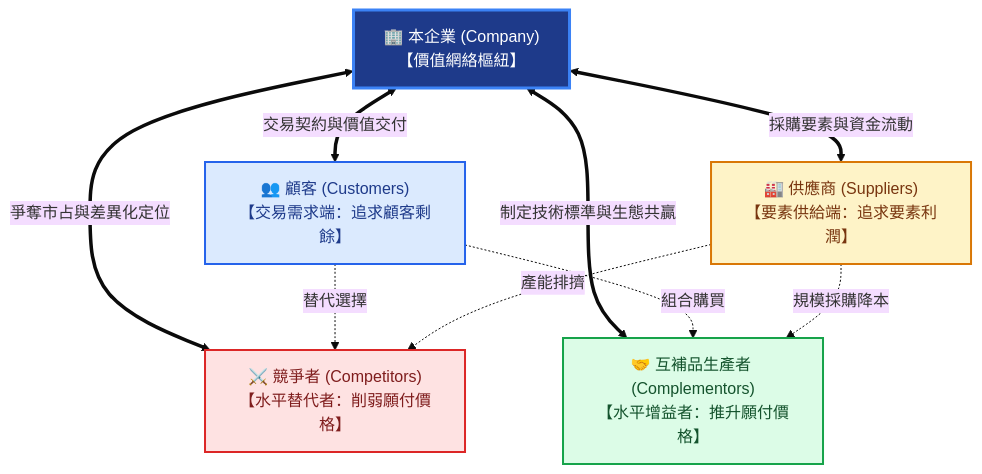
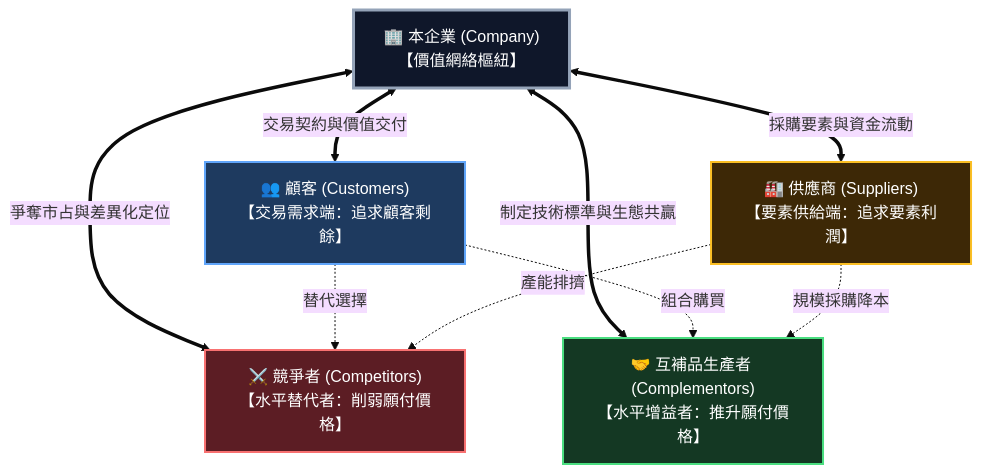
The first of 4 diagrams in src/site/notes/98_商業概念庫/value-net_價值網.md (Jimlin0428/my-digital-garden), drawn with Mermaid (base theme) before and after one commit. The commit also changed other lines of this file and 58 other files, not shown here.

````diff
--- a/src/site/notes/98_商業概念庫/value-net_價值網.md
+++ b/src/site/notes/98_商業概念庫/value-net_價值網.md
@@ -41,24 +41,24 @@
 ```mermaid
 flowchart TD
     Customer["👥 顧客 (Customers)<br>【交易需求端：追求顧客剩餘】"]
     Supplier["🏭 供應商 (Suppliers)<br>【要素供給端：追求要素利潤】"]
     Competitor["⚔️ 競爭者 (Competitors)<br>【水平替代者：削弱願付價格】"]
     Complementor["🤝 互補品生產者 (Complementors)<br>【水平增益者：推升願付價格】"]
     Company["🏢 本企業 (Company)<br>【價值網絡樞紐】"]
 
     Company <==>|"交易契約與價值交付"| Customer
     Company <==>|"採購要素與資金流動"| Supplier
     Company <==>|"爭奪市占與差異化定位"| Competitor
     Company <==>|"制定技術標準與生態共贏"| Complementor
 
     Customer -.->|"替代選擇"| Competitor
     Customer -.->|"組合購買"| Complementor
     Supplier -.->|"產能排擠"| Competitor
     Supplier -.->|"規模採購降本"| Complementor
 
-    style Company fill:#1e3a8a,stroke:#3b82f6,stroke-width:3px,color:#ffffff
-    style Complementor fill:#dcfce7,stroke:#16a34a,stroke-width:2px,color:#14532d
-    style Competitor fill:#fee2e2,stroke:#dc2626,stroke-width:2px,color:#7f1d1d
-    style Customer fill:#dbeafe,stroke:#2563eb,stroke-width:2px,color:#1e3a8a
-    style Supplier fill:#fef3c7,stroke:#d97706,stroke-width:2px,color:#78350f
+    style Company fill:#0f172a,stroke:#94a3b8,stroke-width:3px,color:#ffffff
+    style Complementor fill:#143823,stroke:#4ade80,stroke-width:2px,color:#ffffff
+    style Competitor fill:#5c1d24,stroke:#f87171,stroke-width:2px,color:#ffffff
+    style Customer fill:#1e3a5f,stroke:#60a5fa,stroke-width:2px,color:#ffffff
+    style Supplier fill:#3d2806,stroke:#fbbf24,stroke-width:2px,color:#ffffff
 ```
````
